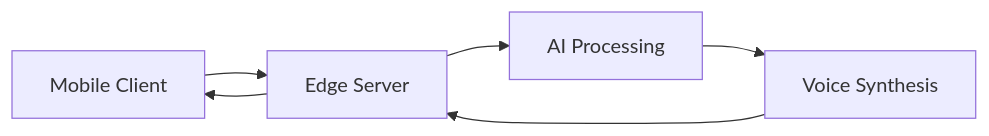
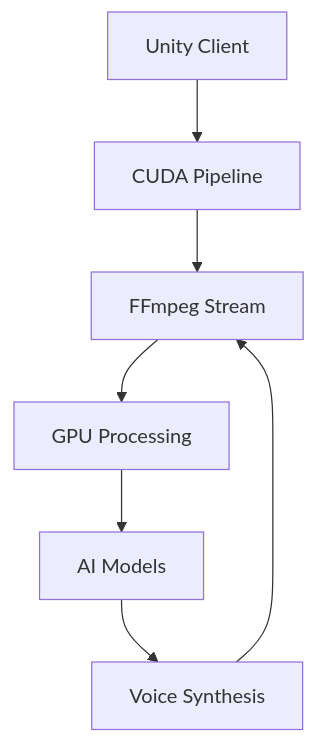
One commit to profitble/WAIF.AI changed the diagram in README.md. Above: the diagram before and after it, drawn with Mermaid. The commit also changed other lines of this file, not shown here.

````diff
--- a/README.md
+++ b/README.md
@@ -85,8 +17,9 @@
 ```mermaid
-graph LR
-    A[Mobile Client] --> B[Edge Server]
-    B --> C[AI Processing]
-    C --> D[Voice Synthesis]
-    D --> B
-    B --> A
+graph TD
+    A[Unity Client] --> B[CUDA Pipeline]
+    B --> C[FFmpeg Stream]
+    C --> D[GPU Processing]
+    D --> E[AI Models]
+    E --> F[Voice Synthesis]
+    F --> C
 ```
````
